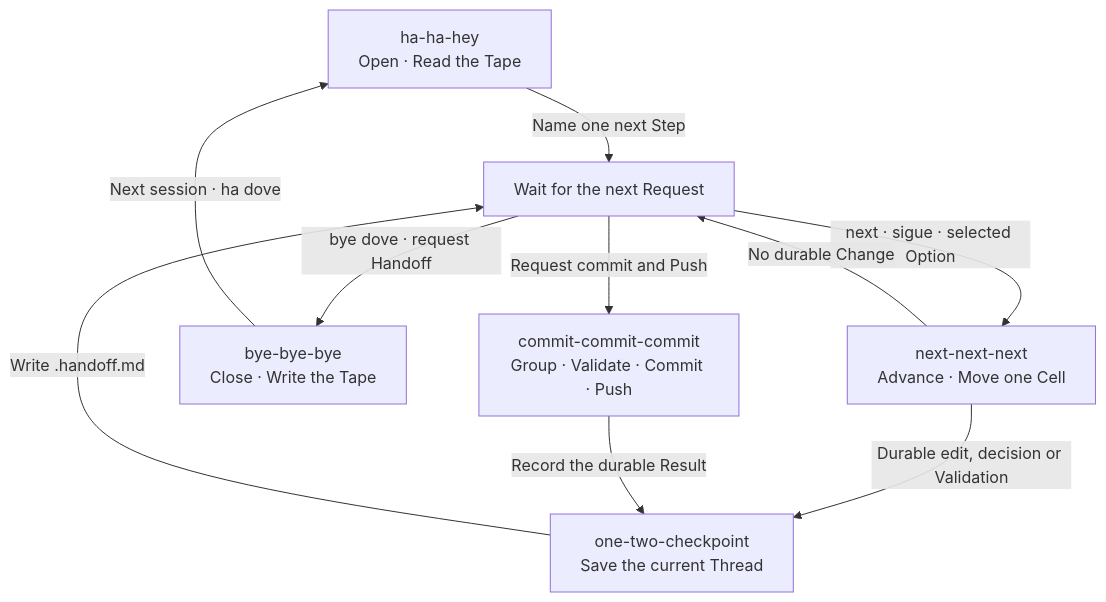
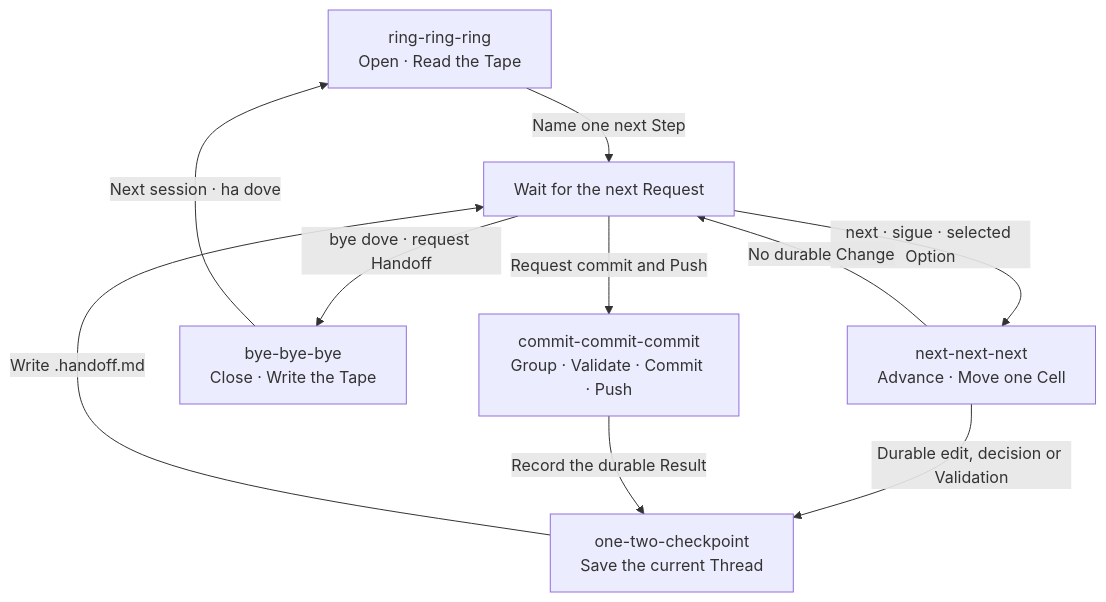
Before and after one commit to cangrejometralleta/OneTwoThree: the diagram in patterns/the-lever-and-the-tape.md, drawn with Mermaid. The commit also changed 9 other files, not shown here.

````diff
--- a/patterns/the-lever-and-the-tape.md
+++ b/patterns/the-lever-and-the-tape.md
@@ -7,20 +7,20 @@
 ```mermaid
 flowchart TD
-    HEY["ha-ha-hey<br/>Open · Read the Tape"]
+    HEY["ring-ring-ring<br/>Open · Read the Tape"]
     NEXT["next-next-next<br/>Advance · Move one Cell"]
     BYE["bye-bye-bye<br/>Close · Write the Tape"]
 
     CHECKPOINT["one-two-checkpoint<br/>Save the current Thread"]
     WAIT["Wait for the next Request"]
     COMMIT["commit-commit-commit<br/>Group · Validate · Commit · Push"]
 
     HEY -- "Name one next Step" --> WAIT
     WAIT -- "next · sigue · selected Option" --> NEXT
     NEXT -- "Durable edit, decision or Validation" --> CHECKPOINT
     CHECKPOINT -- "Write .handoff.md" --> WAIT
     NEXT -- "No durable Change" --> WAIT
     WAIT -- "Request commit and Push" --> COMMIT
     COMMIT -- "Record the durable Result" --> CHECKPOINT
     WAIT -- "bye dove · request Handoff" --> BYE
     BYE -- "Next session · ha dove" --> HEY
 ```
````
